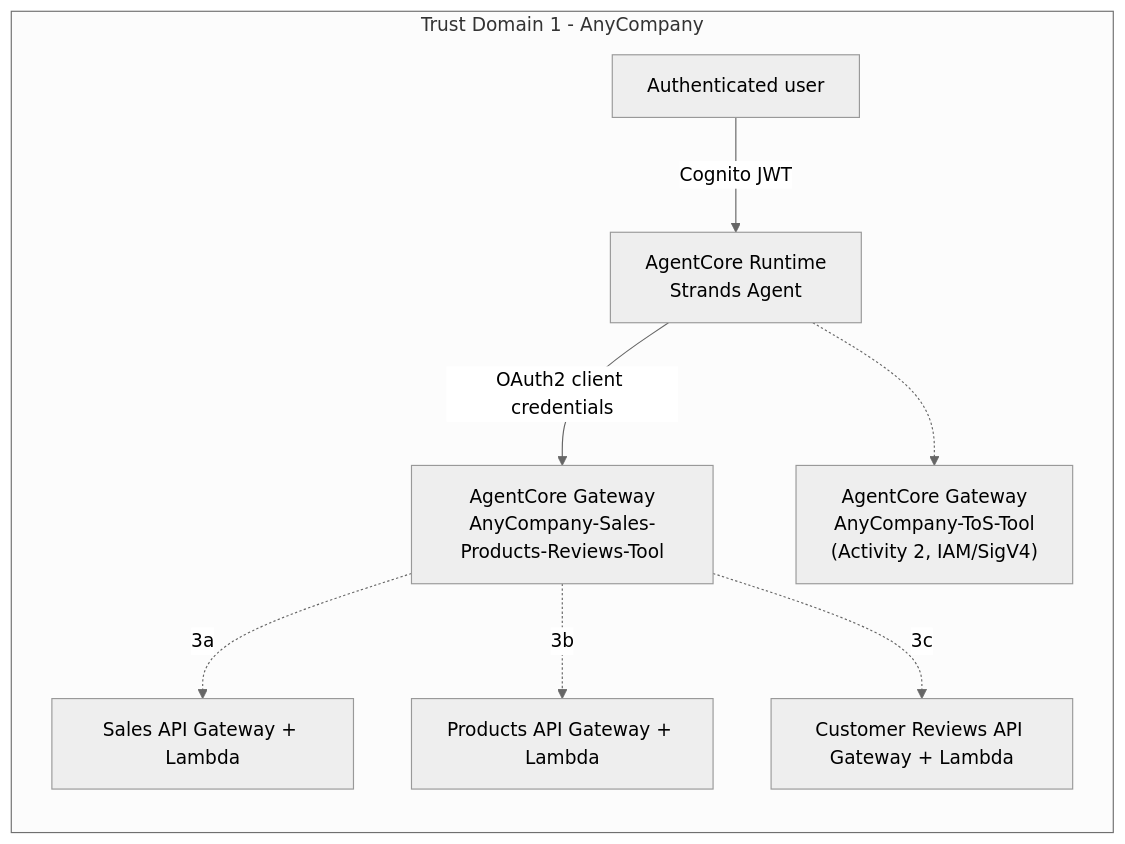
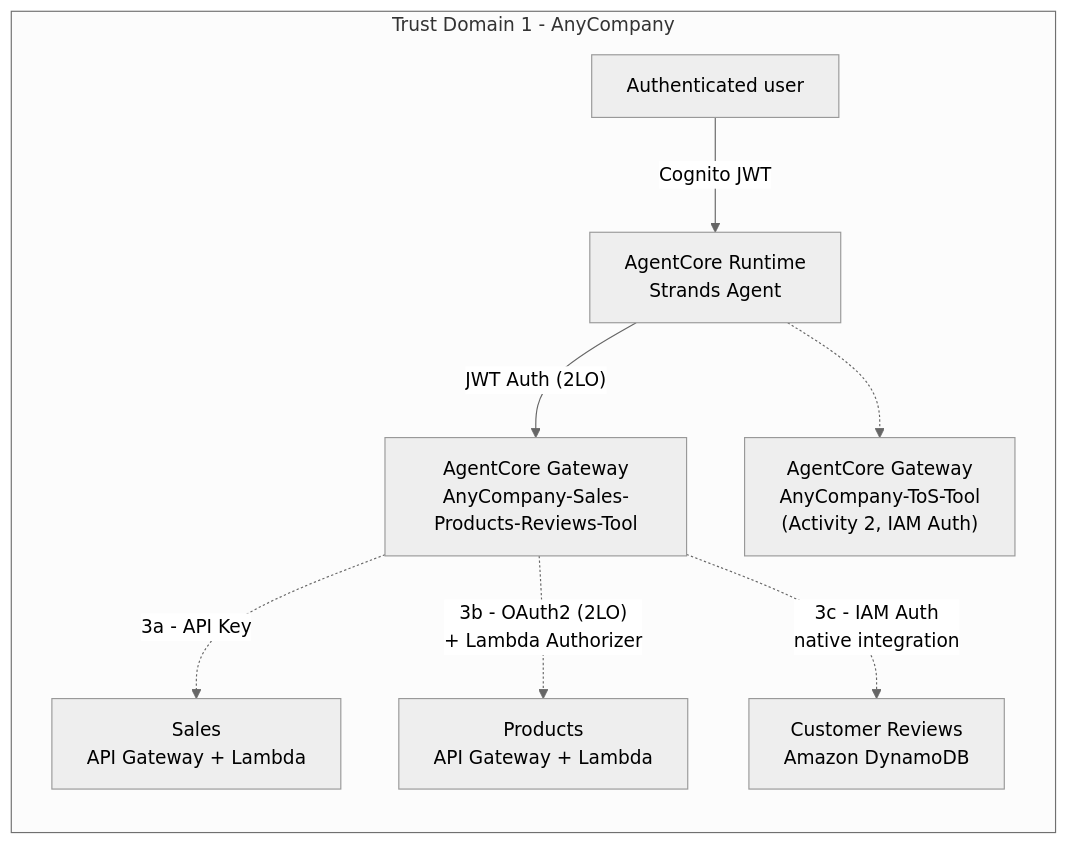
Before and after one commit to KartikJaswal1111/agent_identity_management_on_aws: the diagram in docs/03-activity3-sales-products-reviews-tools.md, drawn with Mermaid (neutral theme). The commit also changed other lines of this file and 24 other files, not shown here.

````diff
--- a/docs/03-activity3-sales-products-reviews-tools.md
+++ b/docs/03-activity3-sales-products-reviews-tools.md
@@ -13,12 +16,12 @@
 ```mermaid
 graph LR
     subgraph TD1["Trust Domain 1 - AnyCompany"]
         User["Authenticated user"] -->|Cognito JWT| Runtime["AgentCore Runtime<br/>Strands Agent"]
-        Runtime -->|OAuth2 client credentials| GW2["AgentCore Gateway<br/>AnyCompany-Sales-Products-Reviews-Tool"]
-        GW2 -.->|3a| Sales["Sales API Gateway + Lambda"]
-        GW2 -.->|3b| Products["Products API Gateway + Lambda"]
-        GW2 -.->|3c| Reviews["Customer Reviews API Gateway + Lambda"]
-        GW1["AgentCore Gateway<br/>AnyCompany-ToS-Tool<br/>(Activity 2, IAM/SigV4)"]
+        Runtime -->|"JWT Auth (2LO)"| GW2["AgentCore Gateway<br/>AnyCompany-Sales-Products-Reviews-Tool"]
+        GW2 -.->|"3a - API Key"| Sales["Sales<br/>API Gateway + Lambda"]
+        GW2 -.->|"3b - OAuth2 (2LO)<br/>+ Lambda Authorizer"| Products["Products<br/>API Gateway + Lambda"]
+        GW2 -.->|"3c - IAM Auth<br/>native integration"| Reviews["Customer Reviews<br/>Amazon DynamoDB"]
+        GW1["AgentCore Gateway<br/>AnyCompany-ToS-Tool<br/>(Activity 2, IAM Auth)"]
         Runtime -.-> GW1
     end
 ```
````
